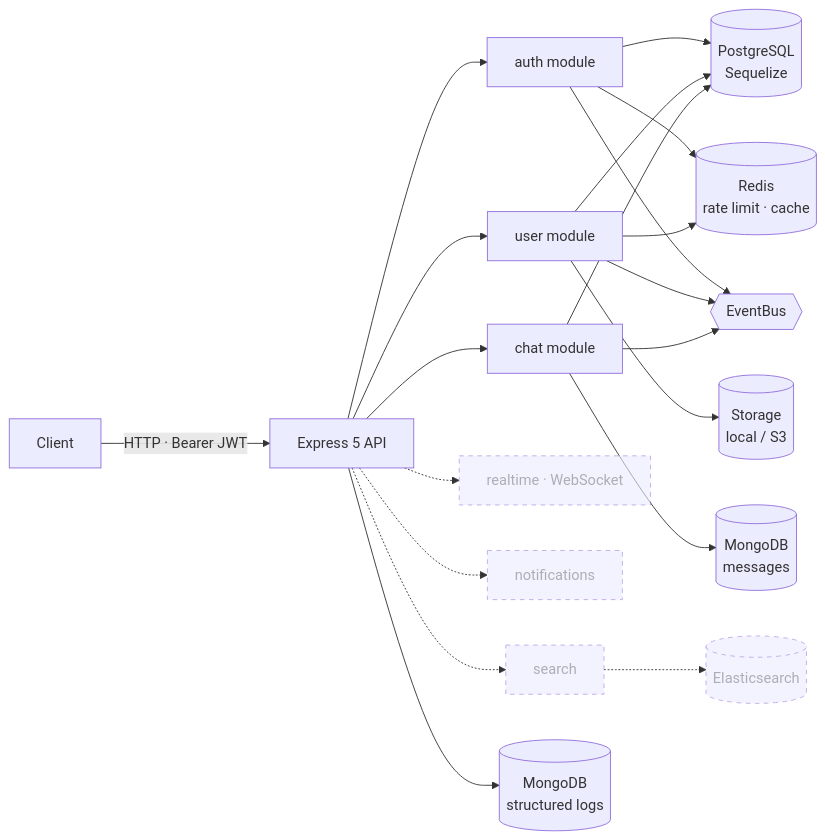
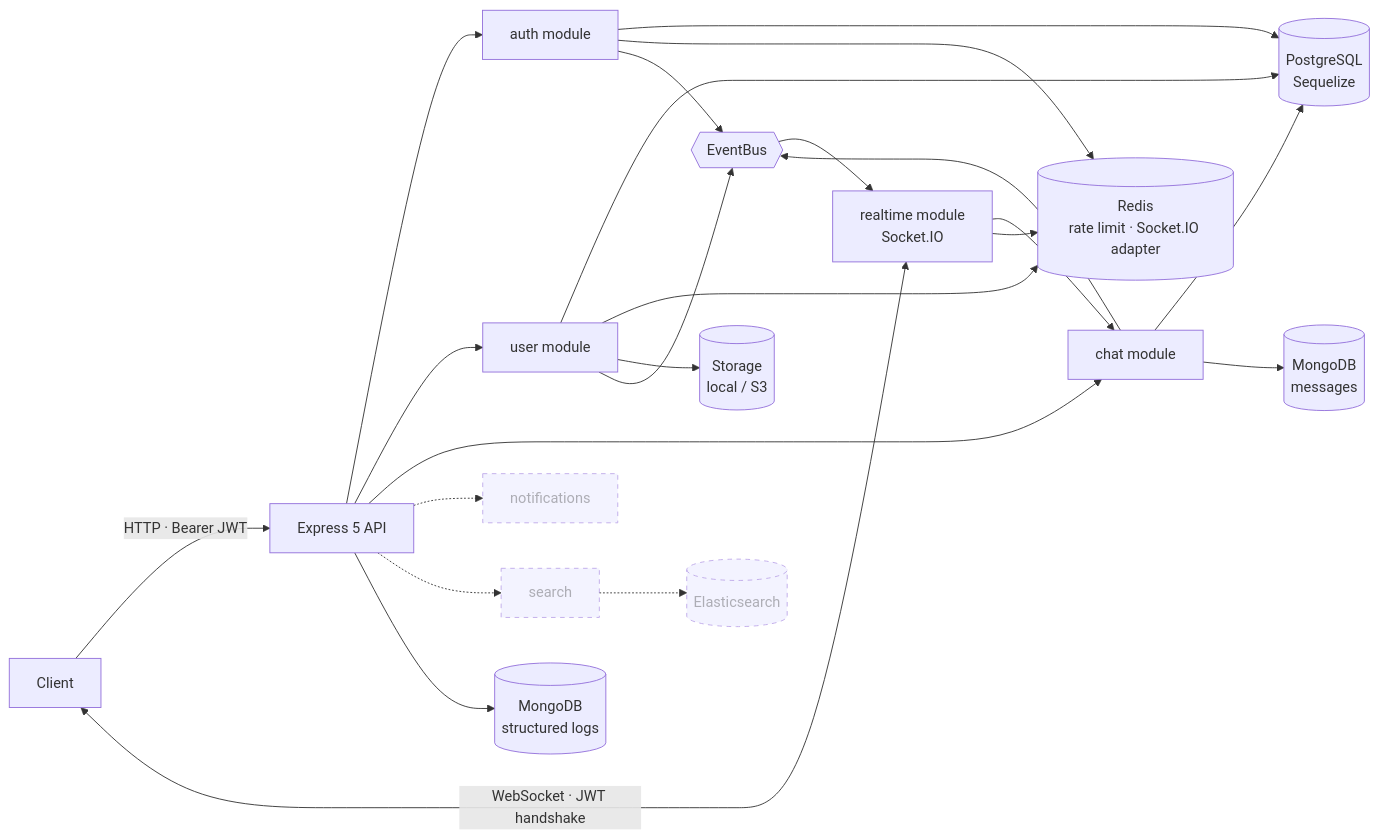
Before and after one commit to GabeSilvaDev/realtime-messaging-platform: the diagram in README.md, drawn with Mermaid. The commit also changed other lines of this file and 1 other file, not shown here.

Commit message:
📝 docs: documenta o tempo real com Socket.IO, status de mensagens e o cliente demo

````diff
--- a/README.md
+++ b/README.md
@@ -27,20 +27,22 @@
 ```mermaid
 flowchart LR
     C[Client] -->|HTTP · Bearer JWT| API[Express 5 API]
+    C <-->|WebSocket · JWT handshake| RT[realtime module<br/>Socket.IO]
     API --> AUTH[auth module]
     API --> USER[user module]
     API --> CHAT[chat module]
-    API -.-> RT[realtime · WebSocket]
+    RT --> CHAT
     API -.-> NOTIF[notifications]
     API -.-> SEARCH[search]
     AUTH & USER & CHAT --> PG[(PostgreSQL<br/>Sequelize)]
-    AUTH & USER --> RD[(Redis<br/>rate limit · cache)]
+    AUTH & USER & RT --> RD[(Redis<br/>rate limit · Socket.IO adapter)]
     USER --> ST[(Storage<br/>local / S3)]
     API --> LOG[(MongoDB<br/>structured logs)]
     CHAT --> MG[(MongoDB<br/>messages)]
     SEARCH -.-> ES[(Elasticsearch)]
     AUTH & USER & CHAT --> EB{{EventBus}}
+    EB --> RT
 
     classDef planned stroke-dasharray: 5 5,opacity:0.6
-    class RT,NOTIF,SEARCH,ES planned
+    class NOTIF,SEARCH,ES planned
 ```
````
